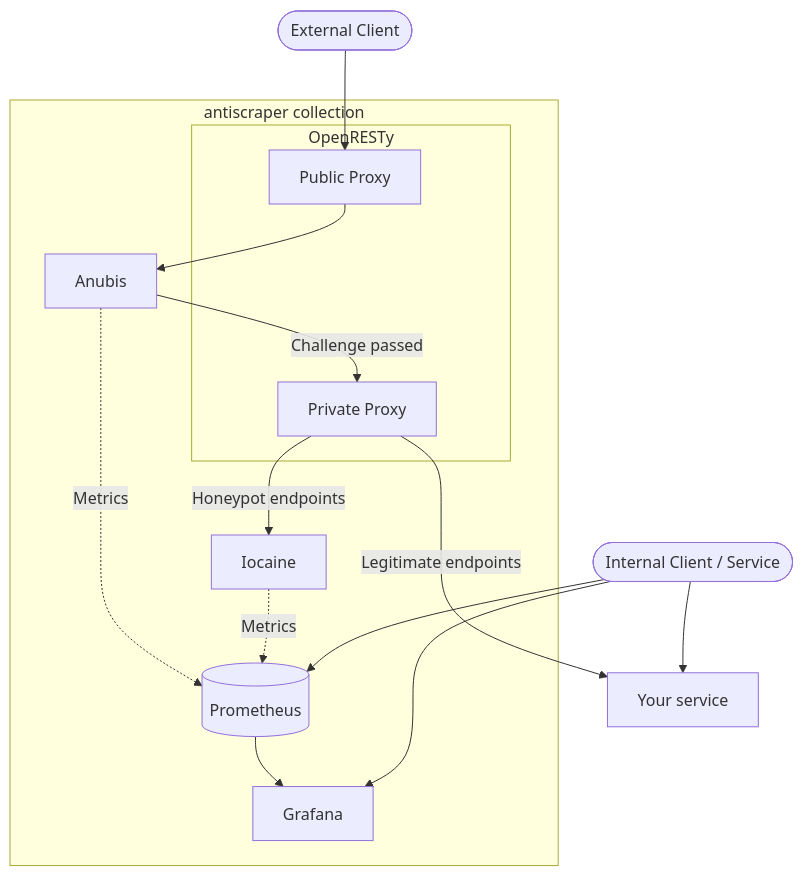
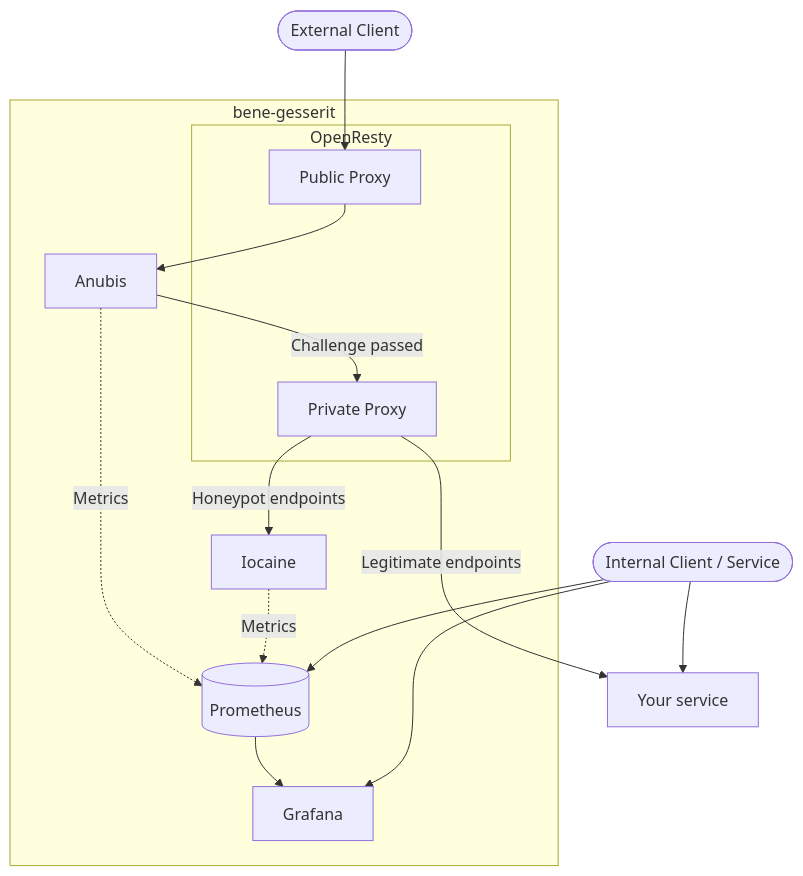
One commit to cptlobster/bene-gesserit changed the diagram in README.md. Above: the diagram before and after it, drawn with Mermaid. The commit also changed other lines of this file and 1 other file, not shown here.

````diff
--- a/README.md
+++ b/README.md
@@ -49,32 +66,32 @@
 ```mermaid
 graph TD
     EXT([External Client])
     INT([Internal Client / Service])
 
-    subgraph AS[antiscraper collection]
+    subgraph BG[bene-gesserit]
         ANU[Anubis]
         OPR[OpenRESTy]
-        subgraph OPR[OpenRESTy]
+        subgraph OPR[OpenResty]
             PUB[Public Proxy]
             PRV[Private Proxy]
         end
         IOC[Iocaine]
 
         PROM[(Prometheus)]
         GRF[Grafana]
     end
 
     SVC[Your service]
 
     EXT --> PUB
     PUB --> ANU
     INT --> SVC
     ANU -->|Challenge passed| PRV
     PRV -->|Legitimate endpoints| SVC
     PRV -->|Honeypot endpoints| IOC
 
     ANU & IOC -.->|Metrics| PROM
     PROM --> GRF
     INT --> GRF
     INT --> PROM
 ```
````
